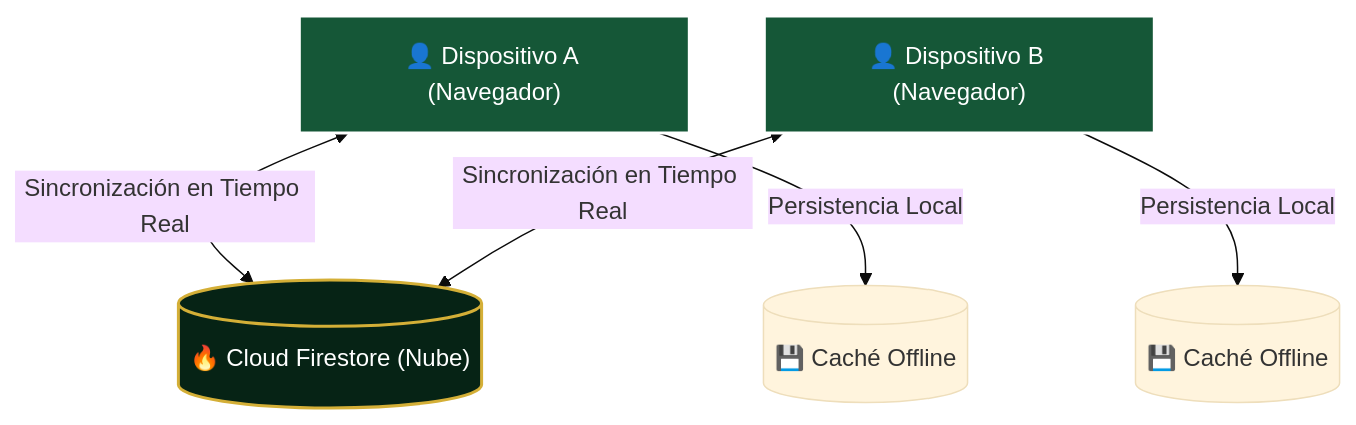
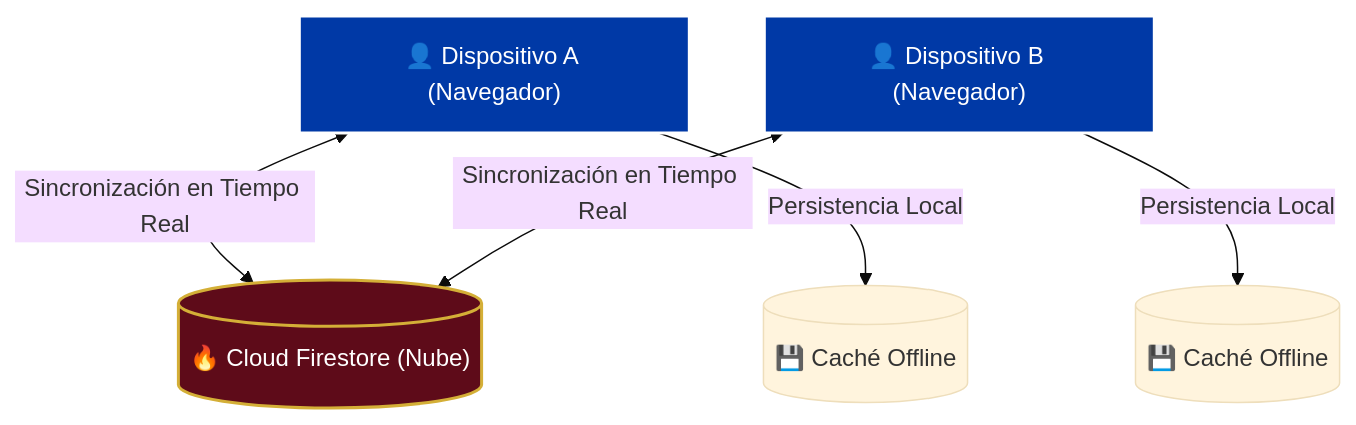
The diagram in README.md (AgusAmor/mis-fibus), drawn with Mermaid (base theme) before and after one commit. The commit also changed other lines of this file and 2 other files, not shown here.

````diff
--- a/README.md
+++ b/README.md
@@ -31,13 +56,13 @@
 ```mermaid
 graph TD
     %% Estilos de Nodos
-    style FS fill:#062315,stroke:#d4af37,stroke-width:2px,color:#fff
-    style A fill:#155737,stroke:#fff,stroke-width:2px,color:#fff
-    style B fill:#155737,stroke:#fff,stroke-width:2px,color:#fff
+    style FS fill:#5E0B19,stroke:#D4AF37,stroke-width:2px,color:#fff
+    style A fill:#0039A6,stroke:#fff,stroke-width:2px,color:#fff
+    style B fill:#0039A6,stroke:#fff,stroke-width:2px,color:#fff
 
     A["👤 Dispositivo A (Navegador)"] <-->|Sincronización en Tiempo Real| FS[("🔥 Cloud Firestore (Nube)")]
     B["👤 Dispositivo B (Navegador)"] <-->|Sincronización en Tiempo Real| FS
     
     A -->|Persistencia Local| CA[("💾 Caché Offline")]
     B -->|Persistencia Local| CB[("💾 Caché Offline")]
 ```
````
